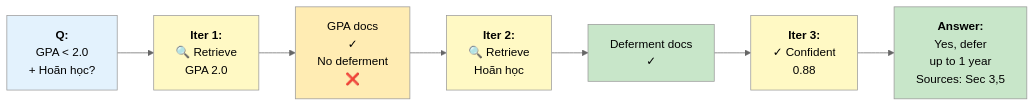
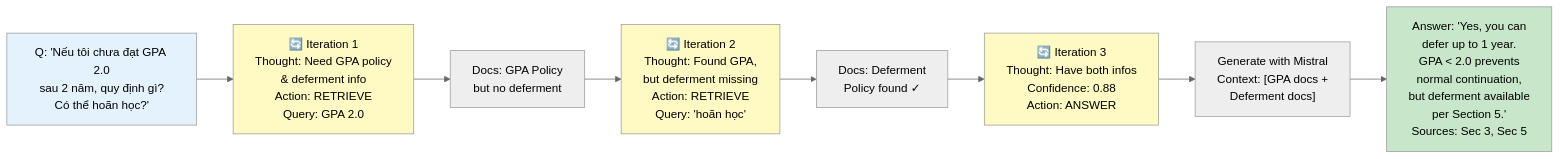
One commit to Wanlee0701/hust-agentic-rag changed the sixth of 7 diagrams in docs/ARCHITECTURE_DIAGRAM_AGENTIC_RAG.md. Above: the diagram before and after it, drawn with Mermaid (neutral theme). The commit also changed other lines of this file and 32 other files, not shown here.

Commit message:
feat: restructure directory architecture and prepare for open-source release

````diff
--- a/docs/ARCHITECTURE_DIAGRAM_AGENTIC_RAG.md
+++ b/docs/ARCHITECTURE_DIAGRAM_AGENTIC_RAG.md
@@ -210,29 +363,32 @@
 ```mermaid
 graph LR
-    Q["<b>Q:</b><br/>GPA < 2.0<br/>+ Hoãn học?"]
+    Q["Q: 'Nếu tôi chưa đạt GPA 2.0<br/>sau 2 năm, quy định gì?<br/>Có thể hoãn học?'"]
     
-    I1["<b>Iter 1:</b><br/>🔍 Retrieve<br/>GPA 2.0"]
-    D1["GPA docs<br/>✓<br/>No deferment<br/>❌"]
+    I1["🔄 Iteration 1<br/>Thought: Need GPA policy<br/>& deferment info<br/>Action: RETRIEVE<br/>Query: GPA 2.0"]
     
-    I2["<b>Iter 2:</b><br/>🔍 Retrieve<br/>Hoãn học"]
-    D2["Deferment docs<br/>✓"]
+    D1["Docs: GPA Policy<br/>but no deferment"]
     
-    I3["<b>Iter 3:</b><br/>✓ Confident<br/>0.88"]
+    I2["🔄 Iteration 2<br/>Thought: Found GPA,<br/>but deferment missing<br/>Action: RETRIEVE<br/>Query: 'hoãn học'"]
     
-    ANS["<b>Answer:</b><br/>Yes, defer<br/>up to 1 year<br/>Sources: Sec 3,5"]
+    D2["Docs: Deferment<br/>Policy found ✓"]
+    
+    I3["🔄 Iteration 3<br/>Thought: Have both infos<br/>Confidence: 0.88<br/>Action: ANSWER"]
+    
+    GEN["Generate with Mistral<br/>Context: [GPA docs +<br/>Deferment docs]"]
+    
+    ANS["Answer: 'Yes, you can<br/>defer up to 1 year.<br/>GPA < 2.0 prevents<br/>normal continuation,<br/>but deferment available<br/>per Section 5.'<br/>Sources: Sec 3, Sec 5"]
     
     Q --> I1
     I1 --> D1
     D1 --> I2
     I2 --> D2
     D2 --> I3
-    I3 --> ANS
+    I3 --> GEN
+    GEN --> ANS
     
     style Q fill:#e3f2fd
     style I1 fill:#fff9c4
     style I2 fill:#fff9c4
     style I3 fill:#fff9c4
     style ANS fill:#c8e6c9
-    style D1 fill:#ffecb3
-    style D2 fill:#c8e6c9
 ```
````
